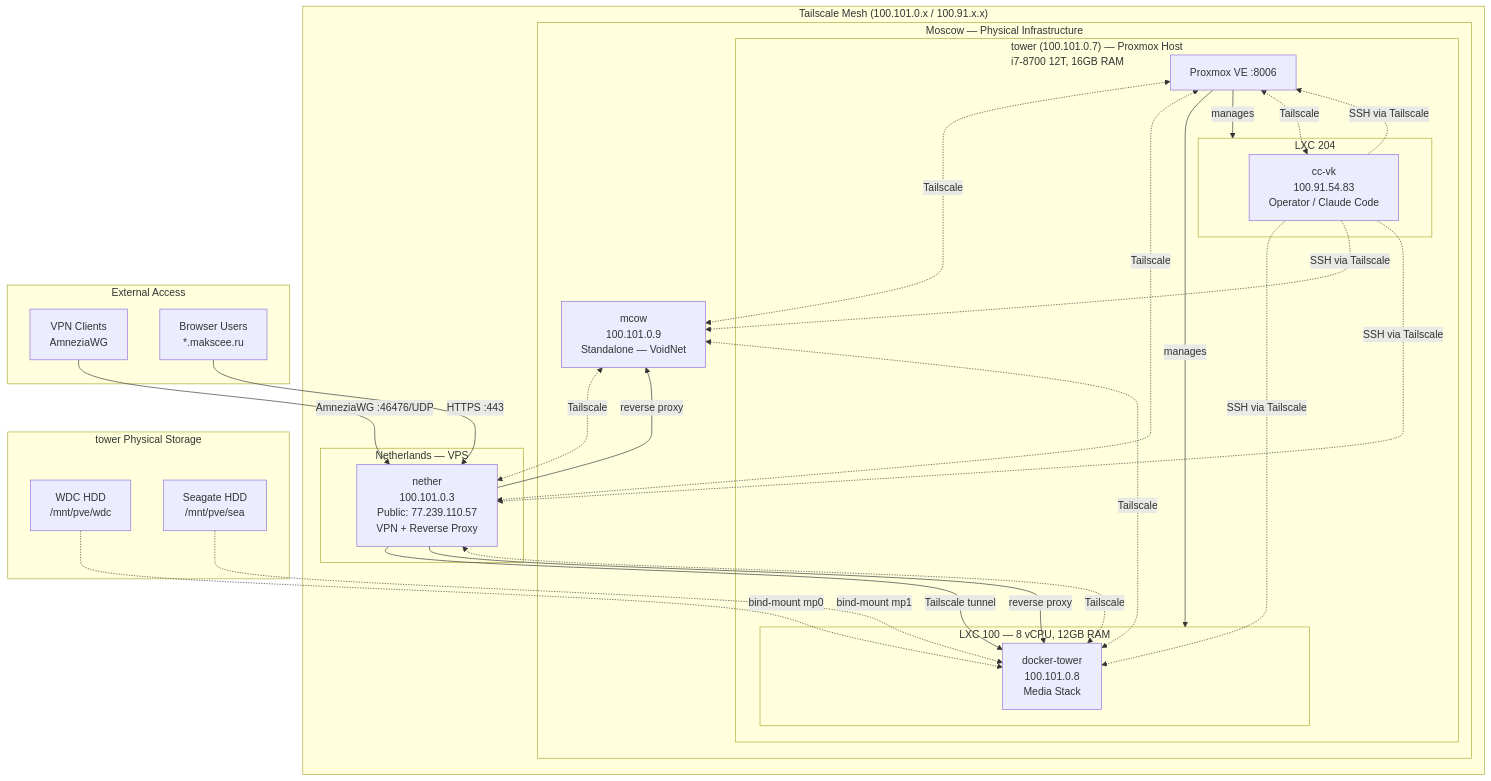
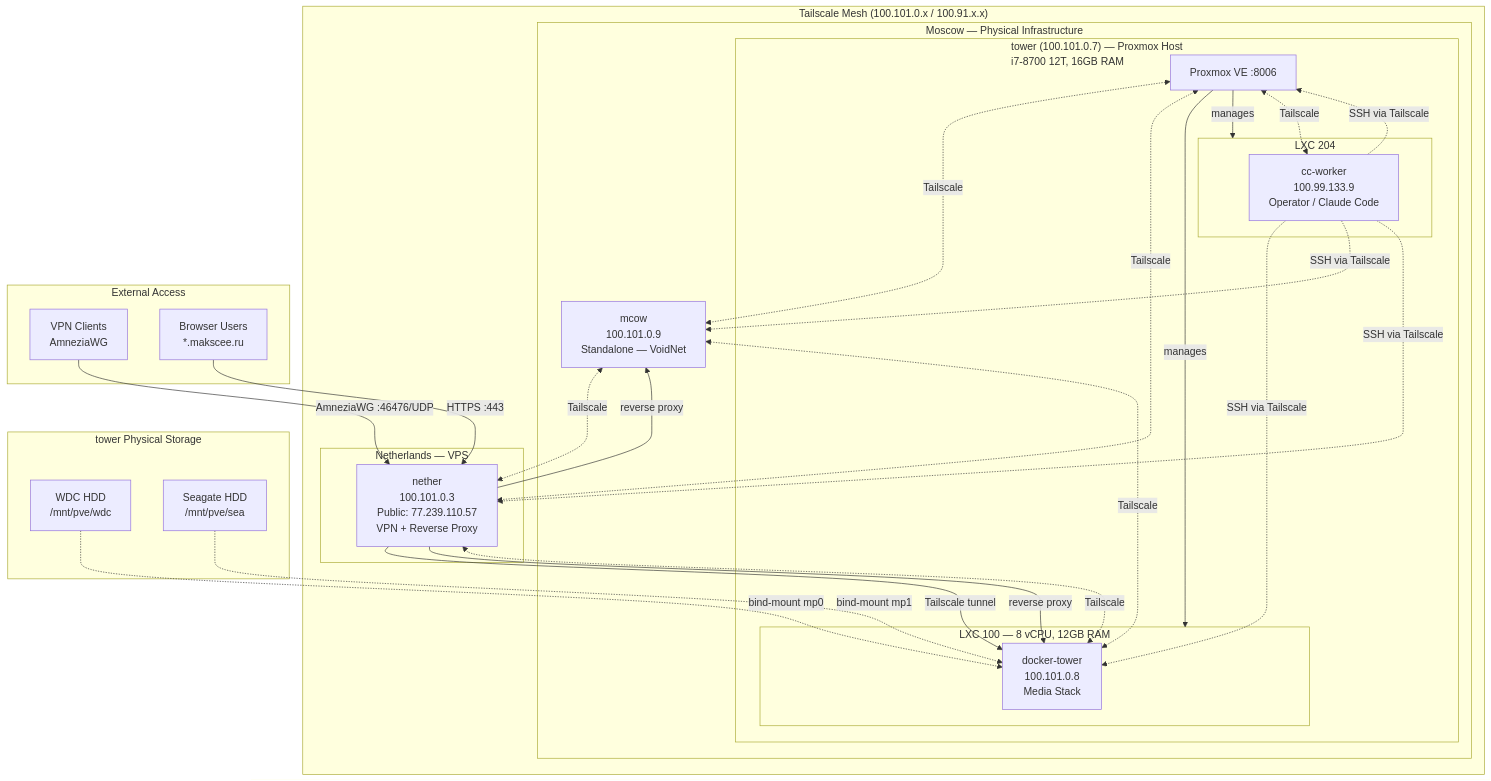
The diagram in docs/network-topology.md (makscee/homelab), drawn with Mermaid before and after one commit. The commit also changed other lines of this file and 4 other files, not shown here.

First line of the commit message:
feat(02-01): rename cc-vk to cc-worker and update Tailscale IP

````diff
--- a/docs/network-topology.md
+++ b/docs/network-topology.md
@@ -7,67 +7,67 @@
 ```mermaid
 flowchart TB
   subgraph tailscale["Tailscale Mesh (100.101.0.x / 100.91.x.x)"]
 
     subgraph moscow["Moscow — Physical Infrastructure"]
       subgraph tower-hw["tower (100.101.0.7) — Proxmox Host\ni7-8700 12T, 16GB RAM"]
         tower-proxmox[Proxmox VE :8006]
 
         subgraph lxc-100["LXC 100 — 8 vCPU, 12GB RAM"]
           docker-tower-node[docker-tower\n100.101.0.8\nMedia Stack]
         end
 
         subgraph lxc-204["LXC 204"]
-          cc-vk-node[cc-vk\n100.91.54.83\nOperator / Claude Code]
+          cc-worker-node[cc-worker\n100.99.133.9\nOperator / Claude Code]
         end
       end
 
       mcow-node[mcow\n100.101.0.9\nStandalone — VoidNet]
     end
 
     subgraph netherlands["Netherlands — VPS"]
       nether-node[nether\n100.101.0.3\nPublic: 77.239.110.57\nVPN + Reverse Proxy]
     end
 
   end
 
   subgraph external["External Access"]
     vpn-clients[VPN Clients\nAmneziaWG]
     browser-users[Browser Users\n*.makscee.ru]
   end
 
   subgraph storage["tower Physical Storage"]
     wdc[WDC HDD\n/mnt/pve/wdc]
     sea[Seagate HDD\n/mnt/pve/sea]
   end
 
   %% Proxmox manages LXCs
   tower-proxmox -->|manages| lxc-100
   tower-proxmox -->|manages| lxc-204
 
   %% Storage bind-mounts into docker-tower
   wdc -.->|bind-mount mp0| docker-tower-node
   sea -.->|bind-mount mp1| docker-tower-node
 
   %% Tailscale mesh — selected key links (all nodes can reach all nodes)
   tower-proxmox <-.->|Tailscale| mcow-node
   tower-proxmox <-.->|Tailscale| nether-node
   docker-tower-node <-.->|Tailscale| mcow-node
   docker-tower-node <-.->|Tailscale| nether-node
   mcow-node <-.->|Tailscale| nether-node
-  cc-vk-node <-.->|Tailscale| tower-proxmox
+  cc-worker-node <-.->|Tailscale| tower-proxmox
 
   %% VPN ingress path
   vpn-clients -->|AmneziaWG :46476/UDP| nether-node
   nether-node -->|Tailscale tunnel| docker-tower-node
 
   %% Public domain ingress
   browser-users -->|HTTPS :443| nether-node
   nether-node -->|reverse proxy| mcow-node
   nether-node -->|reverse proxy| docker-tower-node
 
   %% Operator access (SSH via Tailscale)
-  cc-vk-node -.->|SSH via Tailscale| tower-proxmox
-  cc-vk-node -.->|SSH via Tailscale| docker-tower-node
-  cc-vk-node -.->|SSH via Tailscale| mcow-node
-  cc-vk-node -.->|SSH via Tailscale| nether-node
+  cc-worker-node -.->|SSH via Tailscale| tower-proxmox
+  cc-worker-node -.->|SSH via Tailscale| docker-tower-node
+  cc-worker-node -.->|SSH via Tailscale| mcow-node
+  cc-worker-node -.->|SSH via Tailscale| nether-node
 ```
````
